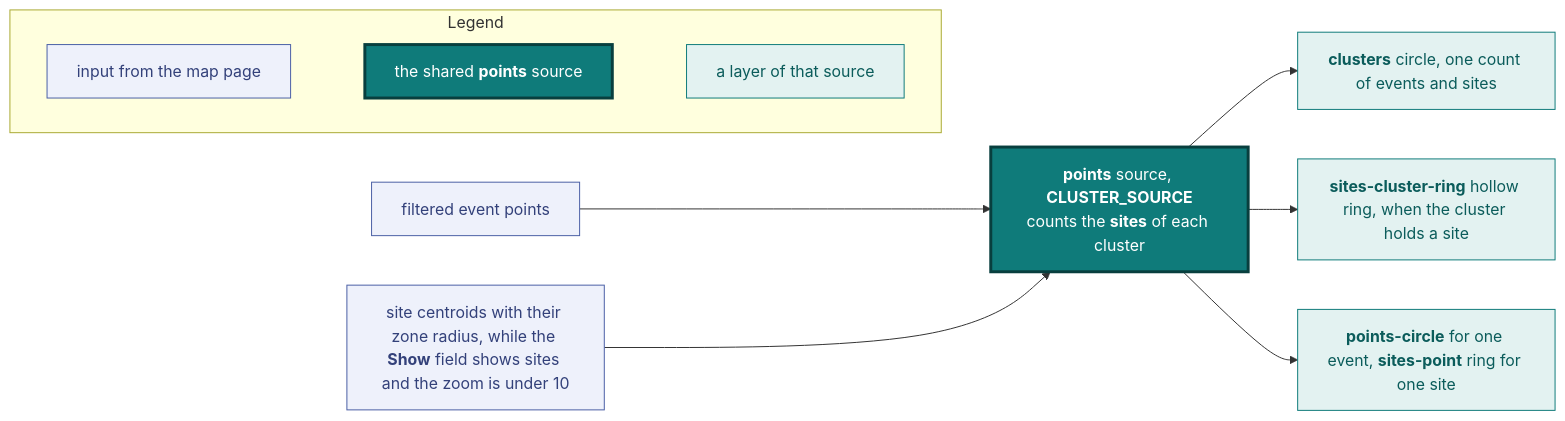
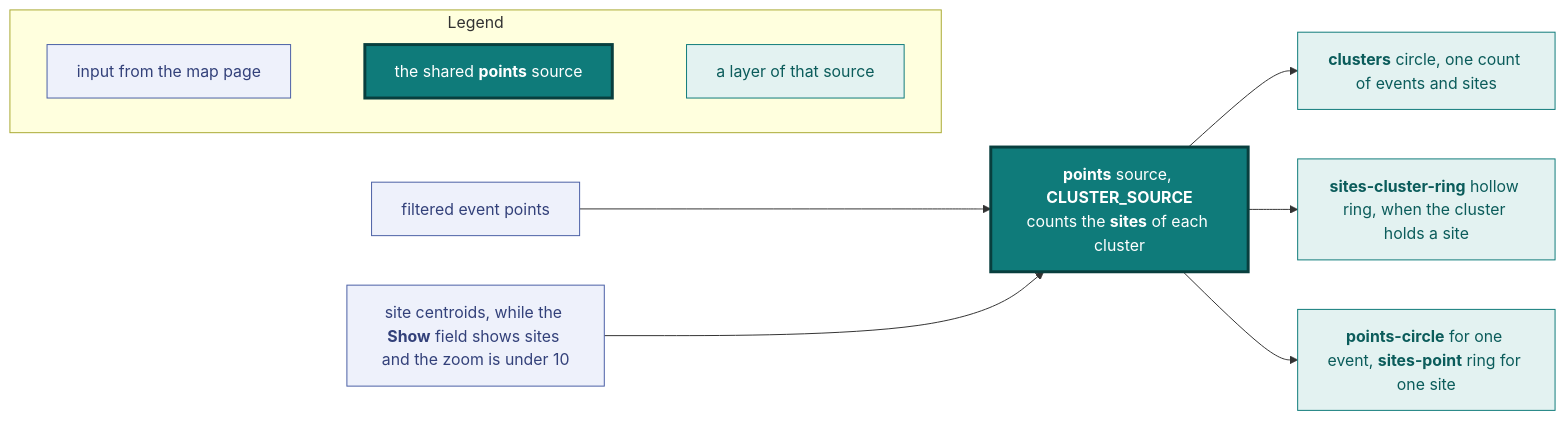
Before and after one commit to vidithq/vidit: the third of 23 diagrams in docs/design.md, drawn with Mermaid. The commit also changed other lines of this file and 5 other files, not shown here.

First line of the commit message:
feat(map): draw site zones from zoom 10 only

````diff
--- a/docs/design.md
+++ b/docs/design.md
@@ -263,27 +263,27 @@
     ```mermaid
     flowchart LR
       classDef spec fill:#eef1fb,stroke:#4a5fa5,color:#33417a
       classDef shared fill:#e3f2f1,stroke:#0f7b7a,color:#0b5c5b
       classDef core fill:#0f7b7a,stroke:#083f3e,stroke-width:3px,color:#ffffff
 
       subgraph legend [Legend]
         direction LR
         l1["`input from the map page`"]:::spec
         l2["`the shared **points** source`"]:::core
         l3["`a layer of that source`"]:::shared
         l1 ~~~ l2 ~~~ l3
       end
 
       events["`filtered event points`"]:::spec
-      sites["`site centroids with their zone radius, while the **Show** field shows sites and the zoom is under 10`"]:::spec
+      sites["`site centroids, while the **Show** field shows sites and the zoom is under 10`"]:::spec
       source["`**points** source, **CLUSTER_SOURCE**
       counts the **sites** of each cluster`"]:::core
       circle["`**clusters** circle, one count of events and sites`"]:::shared
       ring["`**sites-cluster-ring** hollow ring, when the cluster holds a site`"]:::shared
       single["`**points-circle** for one event, **sites-point** ring for one site`"]:::shared
       events --> source
       sites --> source
       source --> circle
       source --> ring
       source --> single
     ```
````
